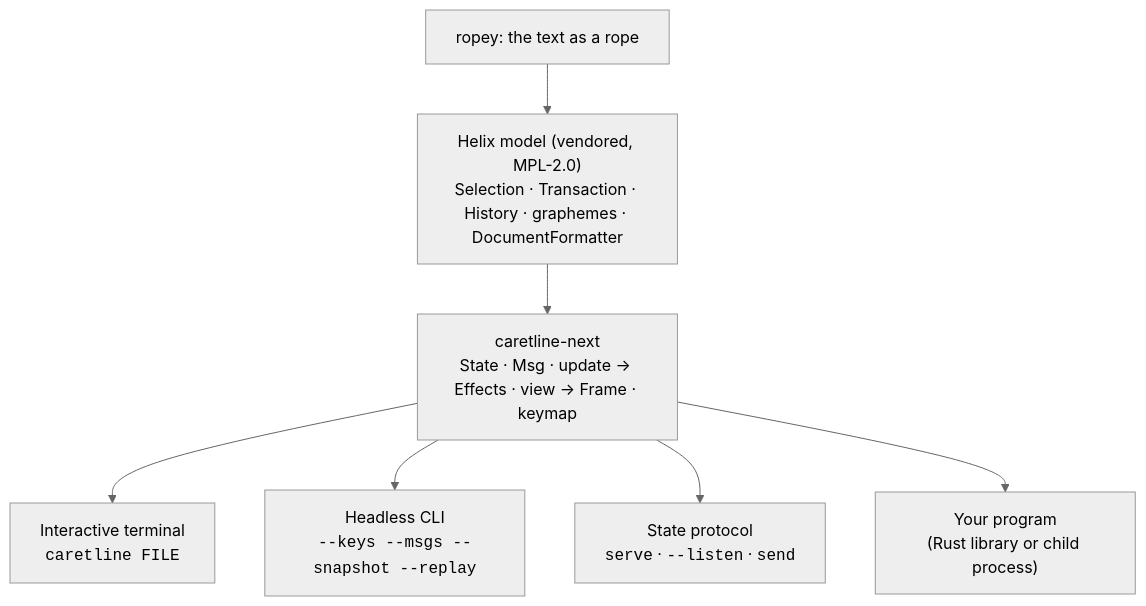
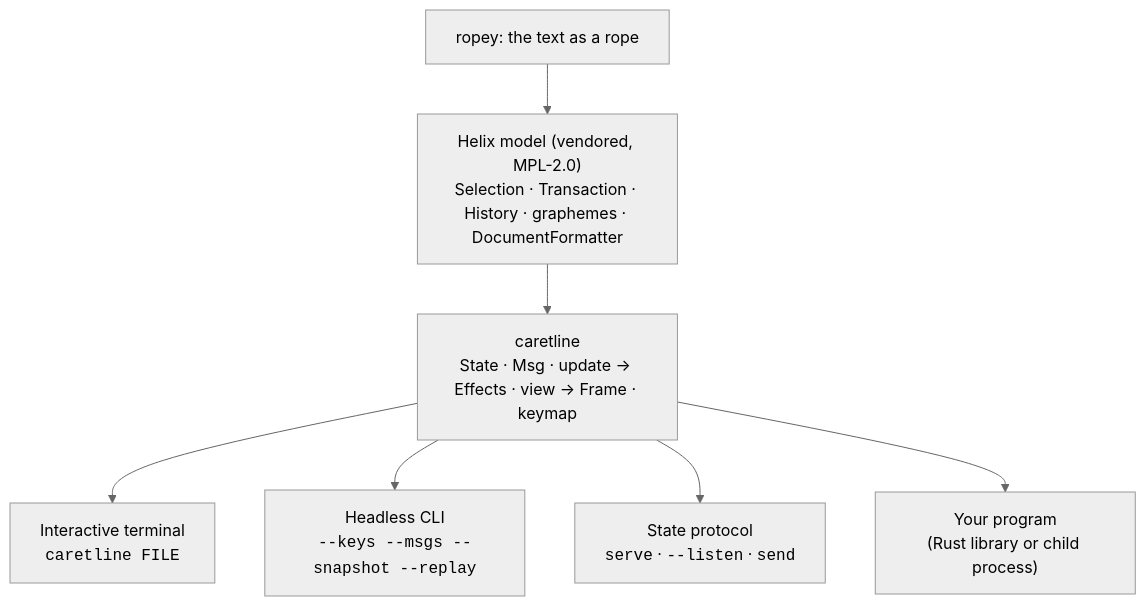
Before and after one commit to brancusi/thought-control: the diagram in docs/caretline/README.md, drawn with Mermaid (neutral theme). The commit also changed other lines of this file and 94 other files, not shown here.

````diff
--- a/docs/caretline/README.md
+++ b/docs/caretline/README.md
@@ -45,11 +45,11 @@
 ```mermaid
 flowchart TB
     rope["ropey: the text as a rope"]
     helix["Helix model (vendored, MPL-2.0)<br/>Selection · Transaction · History · graphemes · DocumentFormatter"]
-    elm["caretline-next<br/>State · Msg · update → Effects · view → Frame · keymap"]
+    elm["caretline<br/>State · Msg · update → Effects · view → Frame · keymap"]
     rope --> helix --> elm
     elm --> tty["Interactive terminal<br/><code>caretline FILE</code>"]
     elm --> cli["Headless CLI<br/><code>--keys --msgs --snapshot --replay</code>"]
     elm --> proto["State protocol<br/><code>serve</code> · <code>--listen</code> · <code>send</code>"]
     elm --> lib["Your program<br/>(Rust library or child process)"]
 ```
````
